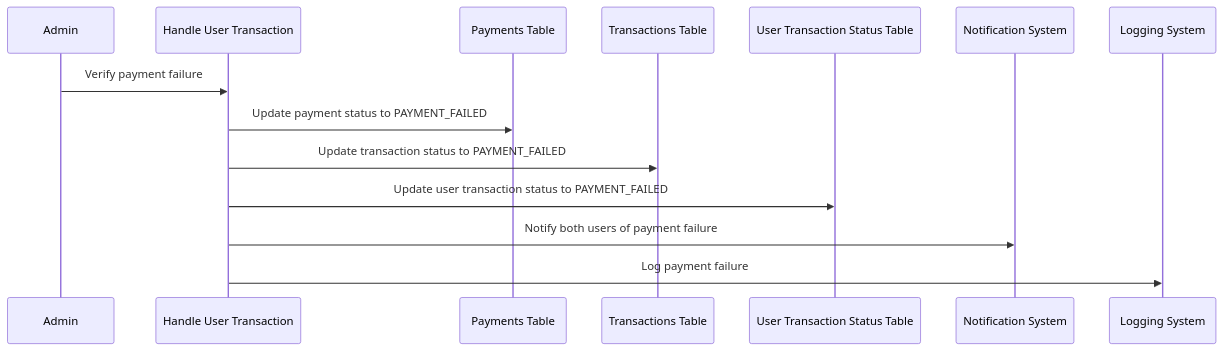
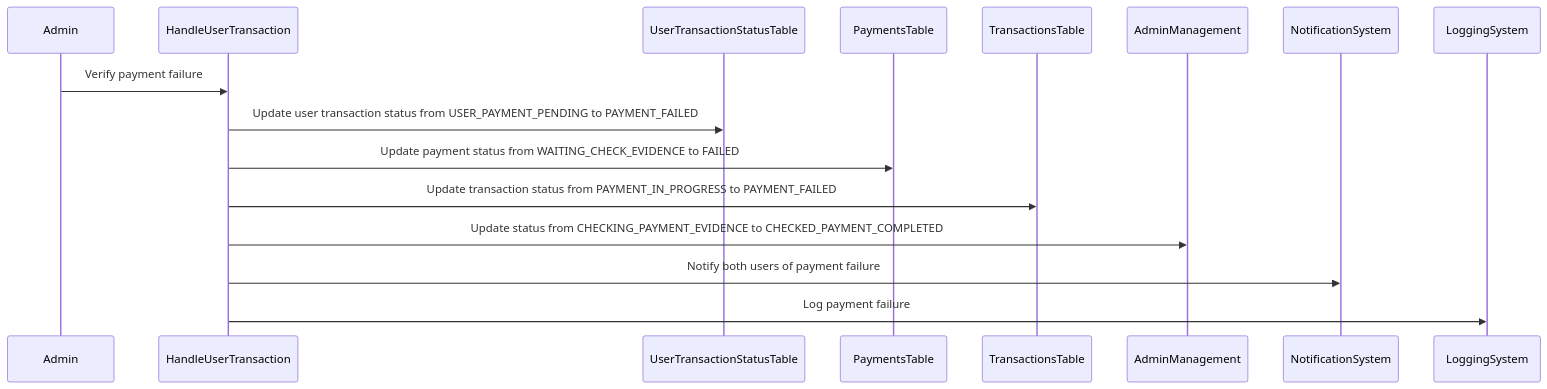
One commit to Loknong/book-exchange changed the sixth of 11 diagrams in documents/Exchange.flow.md. Above: the diagram before and after it, drawn with Mermaid. The commit also changed other lines of this file and 1 other file, not shown here.

````diff
--- a/documents/Exchange.flow.md
+++ b/documents/Exchange.flow.md
@@ -208,17 +216,18 @@
 ```mermaid
 sequenceDiagram
-    participant Admin
-    participant HandleUserTransaction as Handle User Transaction
-    participant PaymentsTable as Payments Table
-    participant TransactionsTable as Transactions Table
-    participant UserTransactionStatusTable as User Transaction Status Table
-    participant NotificationSystem as Notification System
-    participant LoggingSystem as Logging System
+    %% participant Admin
+    %% participant HandleUserTransaction as Handle User Transaction
+    %% participant PaymentsTable as Payments Table
+    %% participant TransactionsTable as Transactions Table
+    %% participant UserTransactionStatusTable as User Transaction Status Table
+    %% participant NotificationSystem as Notification System
+    %% participant LoggingSystem as Logging System
 
     Admin->>HandleUserTransaction: Verify payment failure
-    HandleUserTransaction->>PaymentsTable: Update payment status to PAYMENT_FAILED
-    HandleUserTransaction->>TransactionsTable: Update transaction status to PAYMENT_FAILED
-    HandleUserTransaction->>UserTransactionStatusTable: Update user transaction status to PAYMENT_FAILED
+    HandleUserTransaction->>UserTransactionStatusTable: Update user transaction status from USER_PAYMENT_PENDING to PAYMENT_FAILED
+    HandleUserTransaction->>PaymentsTable: Update payment status from WAITING_CHECK_EVIDENCE to FAILED
+    HandleUserTransaction->>TransactionsTable: Update transaction status from PAYMENT_IN_PROGRESS to PAYMENT_FAILED
+    HandleUserTransaction->>AdminManagement: Update status from CHECKING_PAYMENT_EVIDENCE to CHECKED_PAYMENT_COMPLETED
     HandleUserTransaction->>NotificationSystem: Notify both users of payment failure
     HandleUserTransaction->>LoggingSystem: Log payment failure
 ```
````
